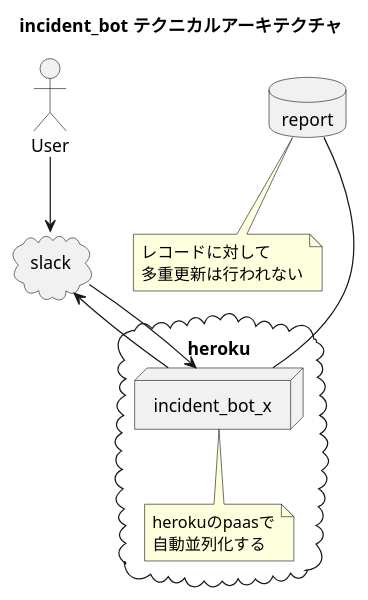
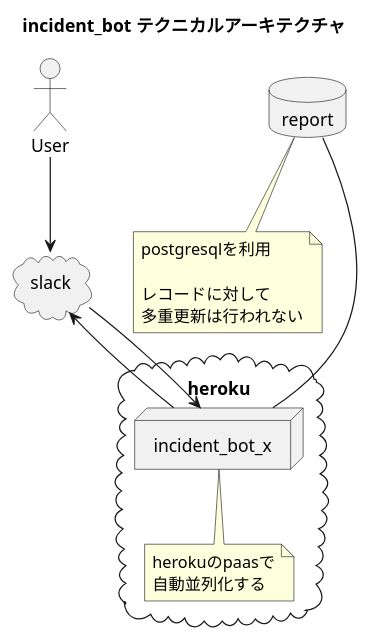
Before and after one commit to ito-masam/kpt-guard.doc: the diagram in 1.design/4.architecture/technical-architecture.md, drawn with PlantUML.

```diff
--- a/1.design/4.architecture/technical-architecture.md
+++ b/1.design/4.architecture/technical-architecture.md
@@ -1,63 +1,65 @@
 @startuml
 
     title incident_bot テクニカルアーキテクチャ
     actor User
 
     cloud slack
     cloud heroku {
       node incident_bot_x
       note bottom of incident_bot_x
         herokuのpaasで
         自動並列化する
       end note
     }
     database report
     note bottom of report
+      postgresqlを利用
+      　
       レコードに対して
       多重更新は行われない
     end note
 
 
     User --> slack
     slack --> incident_bot_x
     incident_bot_x --> slack
     report --- incident_bot_x
     
 
 /'
 保存先はpostgresqlで、channel-category-messageのリレーションを作成する。
 active-jobの実装であるsuccer-punchを使って遅延ジョブ実行を行えば良い。herokuではredisは使わなくても遅延ジョブは実行できるとのこと。
 
 reportの保存先として、redisかpostgresqlか悩んでいる。
 redisは応答性に富み、postgresqlは暗号性に富む。
 プロトコルはHTTPSを使えるので、通信から漏洩はしない。
 redis, postgresqlに直接接続された場合、漏洩するリスクを考える。
 
 - redisはstunnel buildpackで、dynoとredisをつなぐ想定
   - https://devcenter.heroku.com/articles/securing-heroku-redis
 - postgresqlは、private spaceでdynoとpostgresqlをWAFでつなぐが、コストが１０倍なので現実的ではない
   - ハットさん曰く
 
 redisを使いたいと思う理由は、incident_bot自体を特定用途に限定しないと考えた場合、書き込み・参照で発生する膨大な遅延を回避できるのではないか？という打算から。
 
 取り急ぎは１チーム：１インスタンス：ｎチャンネルのセットにして各チャンネルからの書き込み・参照を捌こうと考えている。書き込み・参照ならpostgresqlでもレプリケーションを行えるので300人程度の書き込み・参照なら、おそらく十分に耐えられるのではないか。
 
 - HA構成(premium)が用意されているメリットもある。
 - 用途上の都合からストレージ暗号化(premium)が用意されているメリットも高い。
 - スナップショットに対するロールバック(standard)も復旧性の面でも心強い。
 - レプリケーション(standard)は、[follower](https://devcenter.heroku.com/articles/heroku-postgres-follower-databases)という名前で作成可能。
 - railsとは従来通りにActiveModelで操作可能。
 - データの永続性については、ディスク容量に直接依存するので、ディスクフル時はアプリケーション側で対処する必要がある。
 
 postgresqlの代わりにredisの利用を考えた場合、書き込み・参照の負荷耐性については速度計測を行っているブログ記事を見る限り、１万行・１０万行コミットにかかる時間は、postgresqlに較べて半分程。postgresqlと同等の環境であれば同等以上の性能を引き出せるのではないか。
 
 - HA構成(premium)が用意されている。
 - x 逆にストレージの暗号化は用意されていない。
 - スナップショットに対するロールバック(premium)はこちらも用意されている。
 - レプリケーションは？
   - HA構成(premium)の場合、`support@redistogo.com`にredis sentinelについて問い合わせれば詳細が得られる。
 - railsとは[redis-objects](https://github.com/nateware/redis-objects)で間接的に操作可能。
 - データの永続性については、メモリ容量に直接依存するが、既存データを削除して新規データを書き込む流れになる
 '/
 
 @enduml
```
